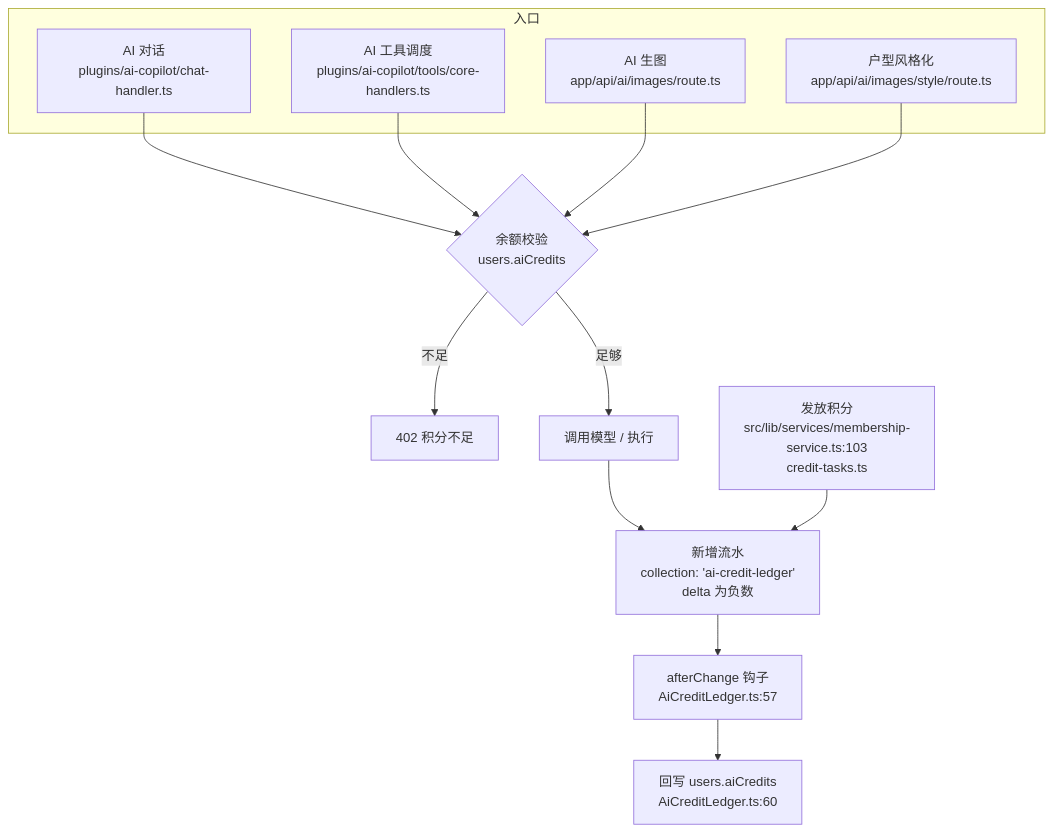
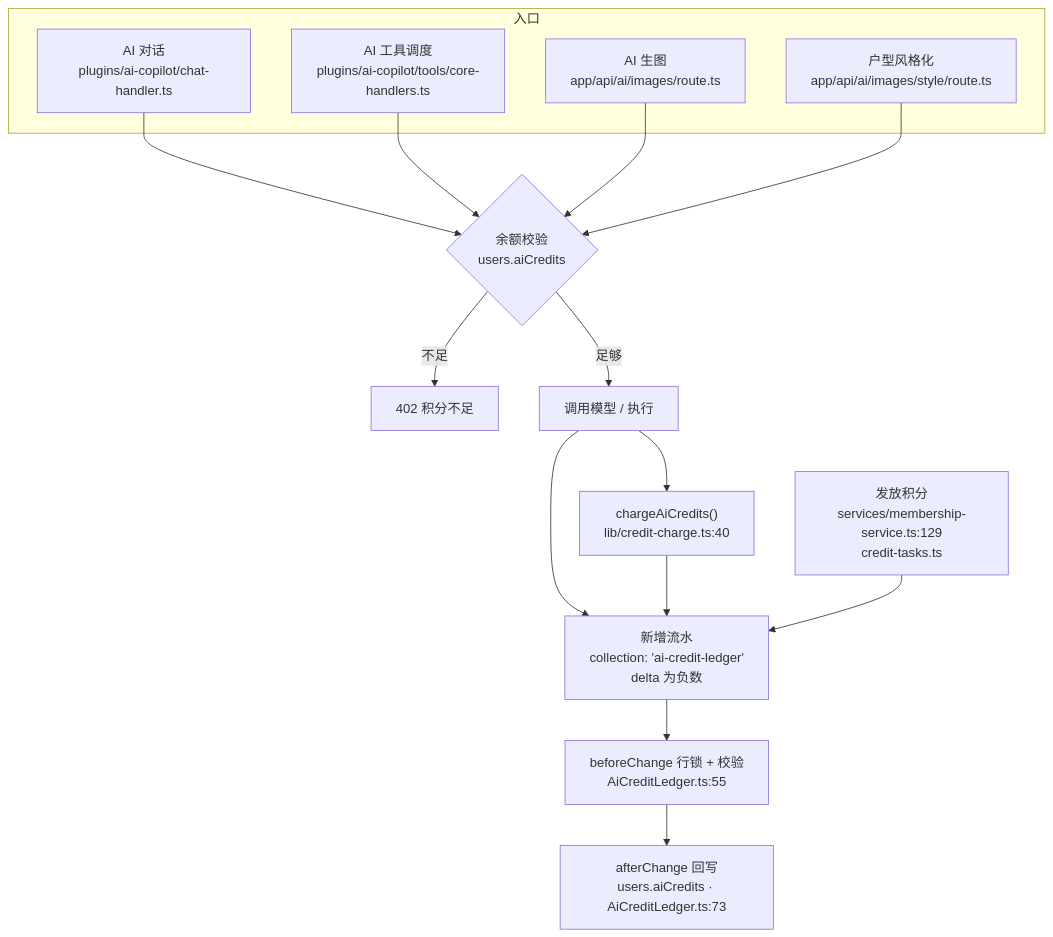
Before and after one commit to Nooonnneee/fmkj-figma-smart-design: the seventh of 7 diagrams in ARCHITECTURE-MAP.md, drawn with Mermaid. The commit also changed other lines of this file, not shown here.

First line of the commit message:
docs: 架构图基线前移到 201ee8b 并修正 10→10 插件等实测偏差

````diff
--- a/ARCHITECTURE-MAP.md
+++ b/ARCHITECTURE-MAP.md
@@ -348,22 +383,24 @@
 ```mermaid
 flowchart TB
   subgraph ENTRY["入口"]
     CHAT["AI 对话<br/>plugins/ai-copilot/chat-handler.ts"]
     TOOL["AI 工具调度<br/>plugins/ai-copilot/tools/core-handlers.ts"]
     IMG["AI 生图<br/>app/api/ai/images/route.ts"]
     STYLE["户型风格化<br/>app/api/ai/images/style/route.ts"]
   end
 
   CHAT --> CHECK{"余额校验<br/>users.aiCredits"}
   TOOL --> CHECK
   IMG --> CHECK
   STYLE --> CHECK
 
   CHECK -->|不足| ERR["402 积分不足"]
   CHECK -->|足够| RUN["调用模型 / 执行"]
   RUN --> LEDGER["新增流水<br/>collection: 'ai-credit-ledger'<br/>delta 为负数"]
-  LEDGER --> HOOK["afterChange 钩子<br/>AiCreditLedger.ts:57"]
-  HOOK --> BAL["回写 users.aiCredits<br/>AiCreditLedger.ts:60"]
+  RUN --> CHARGE["chargeAiCredits()<br/>lib/credit-charge.ts:40"]
+  CHARGE --> LEDGER
+  LEDGER --> HOOK["beforeChange 行锁 + 校验<br/>AiCreditLedger.ts:55"]
+  HOOK --> BAL["afterChange 回写<br/>users.aiCredits · AiCreditLedger.ts:73"]
 
-  GRANT["发放积分<br/>src/lib/services/membership-service.ts:103<br/>credit-tasks.ts"] --> LEDGER
+  GRANT["发放积分<br/>services/membership-service.ts:129<br/>credit-tasks.ts"] --> LEDGER
 ```
````
